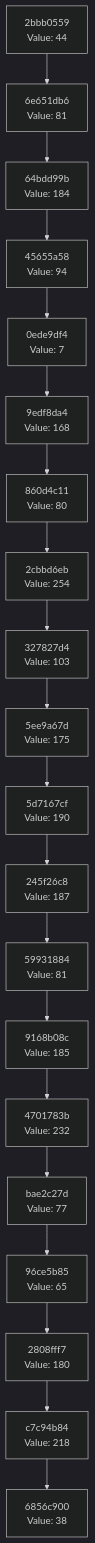
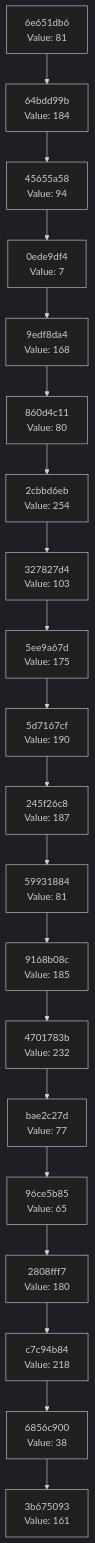
The diagram in docs/CHAIN_VISUALIZATION.md (Abhisheksinha1506/hash-chain-evolver), drawn with Mermaid (dark theme) before and after one commit. The commit also changed 3 other files, not shown here.

````diff
--- a/docs/CHAIN_VISUALIZATION.md
+++ b/docs/CHAIN_VISUALIZATION.md
@@ -3,42 +3,42 @@
 ```mermaid
 graph TD
-    C0["6856c900<br/>Value: 38"]
-    C1["c7c94b84<br/>Value: 218"]
+    C0["3b675093<br/>Value: 161"]
+    C1["6856c900<br/>Value: 38"]
     C1 --> C0
-    C2["2808fff7<br/>Value: 180"]
+    C2["c7c94b84<br/>Value: 218"]
     C2 --> C1
-    C3["96ce5b85<br/>Value: 65"]
+    C3["2808fff7<br/>Value: 180"]
     C3 --> C2
-    C4["bae2c27d<br/>Value: 77"]
+    C4["96ce5b85<br/>Value: 65"]
     C4 --> C3
-    C5["4701783b<br/>Value: 232"]
+    C5["bae2c27d<br/>Value: 77"]
     C5 --> C4
-    C6["9168b08c<br/>Value: 185"]
+    C6["4701783b<br/>Value: 232"]
     C6 --> C5
-    C7["59931884<br/>Value: 81"]
+    C7["9168b08c<br/>Value: 185"]
     C7 --> C6
-    C8["245f26c8<br/>Value: 187"]
+    C8["59931884<br/>Value: 81"]
     C8 --> C7
-    C9["5d7167cf<br/>Value: 190"]
+    C9["245f26c8<br/>Value: 187"]
     C9 --> C8
-    C10["5ee9a67d<br/>Value: 175"]
+    C10["5d7167cf<br/>Value: 190"]
     C10 --> C9
-    C11["327827d4<br/>Value: 103"]
+    C11["5ee9a67d<br/>Value: 175"]
     C11 --> C10
-    C12["2cbbd6eb<br/>Value: 254"]
+    C12["327827d4<br/>Value: 103"]
     C12 --> C11
-    C13["860d4c11<br/>Value: 80"]
+    C13["2cbbd6eb<br/>Value: 254"]
     C13 --> C12
-    C14["9edf8da4<br/>Value: 168"]
+    C14["860d4c11<br/>Value: 80"]
     C14 --> C13
-    C15["0ede9df4<br/>Value: 7"]
+    C15["9edf8da4<br/>Value: 168"]
     C15 --> C14
-    C16["45655a58<br/>Value: 94"]
+    C16["0ede9df4<br/>Value: 7"]
     C16 --> C15
-    C17["64bdd99b<br/>Value: 184"]
+    C17["45655a58<br/>Value: 94"]
     C17 --> C16
-    C18["6e651db6<br/>Value: 81"]
+    C18["64bdd99b<br/>Value: 184"]
     C18 --> C17
-    C19["2bbb0559<br/>Value: 44"]
+    C19["6e651db6<br/>Value: 81"]
     C19 --> C18
 ```
````
